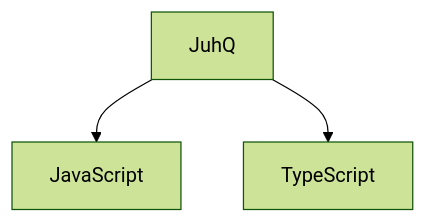
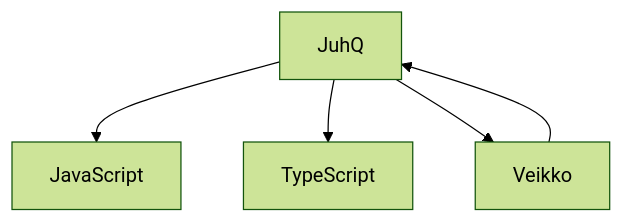
The diagram in README.md (JuhQ/juhq), drawn with Mermaid (forest theme) before and after one commit.

````diff
--- a/README.md
+++ b/README.md
@@ -3,6 +3,8 @@
 ```mermaid
 graph TD
 
    A[JuhQ] --> B[JavaScript]
    A --> C[TypeScript]
+   A --> D[Veikko]
+   D --> A
 ```
````
